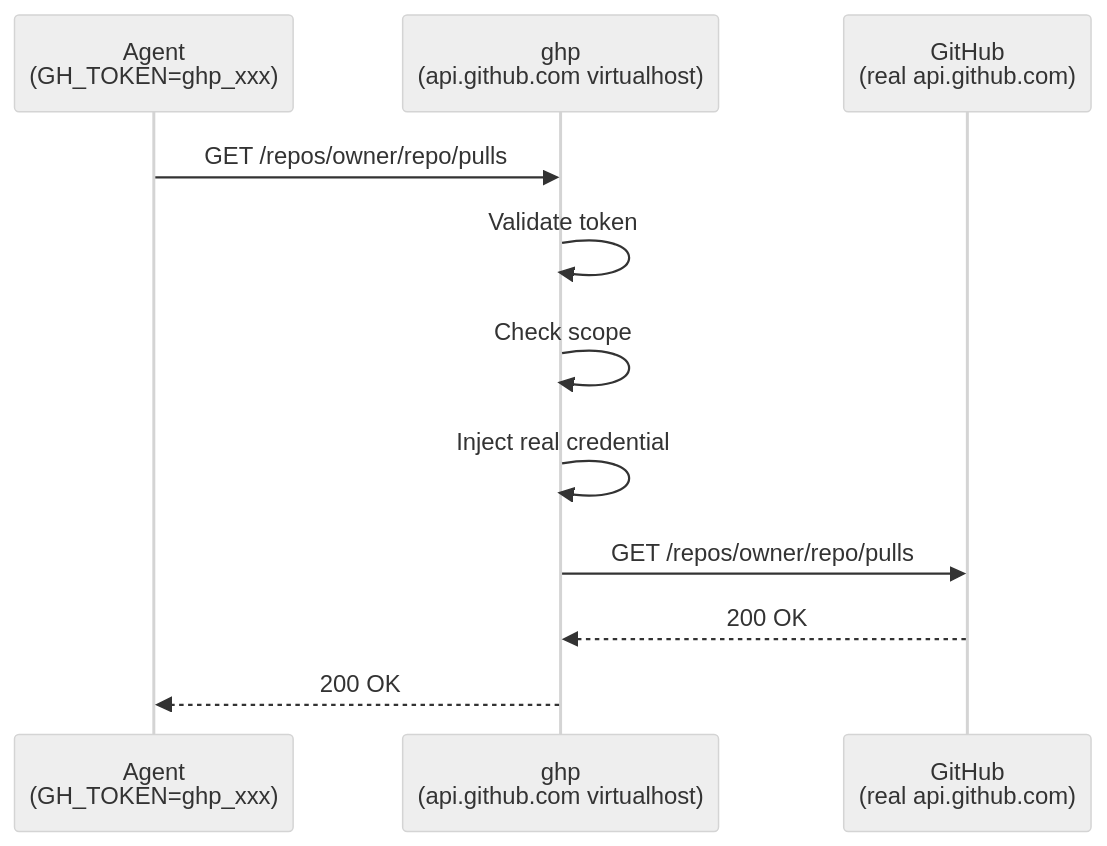
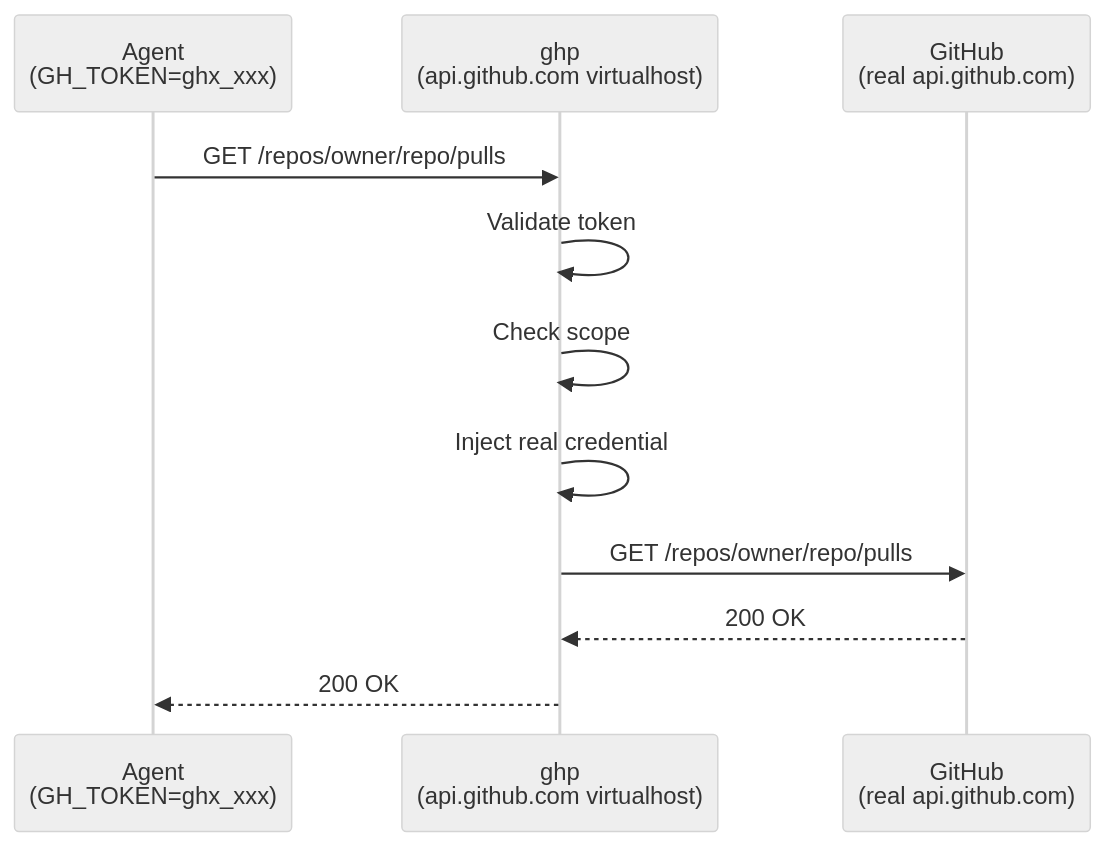
One commit to goodtune/ghp changed the diagram in docs/how-it-works.md. Above: the diagram before and after it, drawn with Mermaid (neutral theme). The commit also changed other lines of this file and 5 other files, not shown here.

Commit message:
docs: update token prefix references from ghp_ to ghx_/gha_

````diff
--- a/docs/how-it-works.md
+++ b/docs/how-it-works.md
@@ -10,14 +10,14 @@
 ```mermaid
 sequenceDiagram
-    participant Agent as Agent<br/>(GH_TOKEN=ghp_xxx)
+    participant Agent as Agent<br/>(GH_TOKEN=ghx_xxx)
     participant ghp as ghp<br/>(api.github.com virtualhost)
     participant GitHub as GitHub<br/>(real api.github.com)
 
     Agent->>ghp: GET /repos/owner/repo/pulls
     ghp->>ghp: Validate token
     ghp->>ghp: Check scope
     ghp->>ghp: Inject real credential
     ghp->>GitHub: GET /repos/owner/repo/pulls
     GitHub-->>ghp: 200 OK
     ghp-->>Agent: 200 OK
 ```
````
